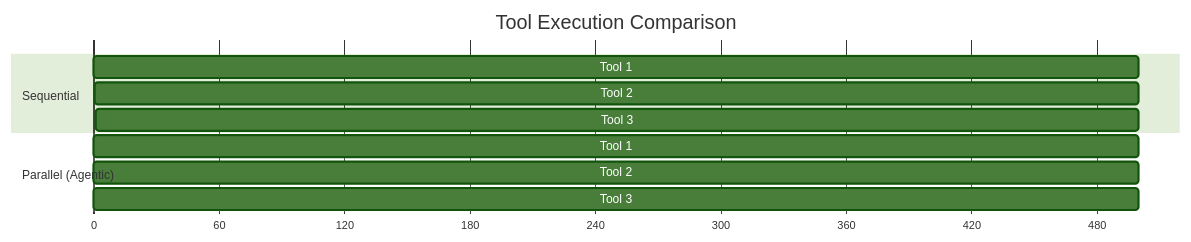
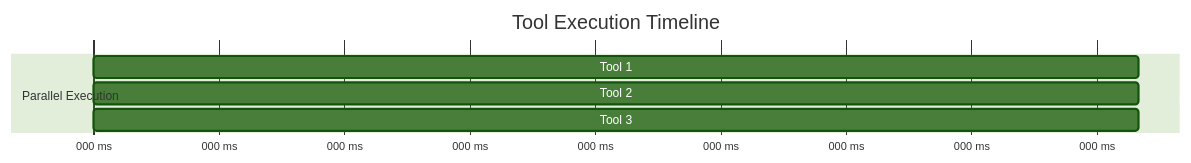
One commit to Manoj-tawk/tawk-agents-sdk changed the fourth of 10 diagrams in docs/guides/CORE_CONCEPTS.md. Above: the diagram before and after it, drawn with Mermaid (forest theme). The commit also changed other lines of this file and 1 other file, not shown here.

First line of the commit message:
docs: remove sequential/comparison references from main docs

````diff
--- a/docs/guides/CORE_CONCEPTS.md
+++ b/docs/guides/CORE_CONCEPTS.md
@@ -235,16 +224,11 @@
 ```mermaid
 gantt
-    title Tool Execution Comparison
+    title Tool Execution Timeline
     dateFormat X
-    axisFormat %s
+    axisFormat %L ms
     
-    section Sequential
-    Tool 1 :0, 500
-    Tool 2 :500, 500
-    Tool 3 :1000, 500
-    
-    section Parallel (Agentic)
+    section Parallel Execution
     Tool 1 :0, 500
     Tool 2 :0, 500
     Tool 3 :0, 500
 ```
````
